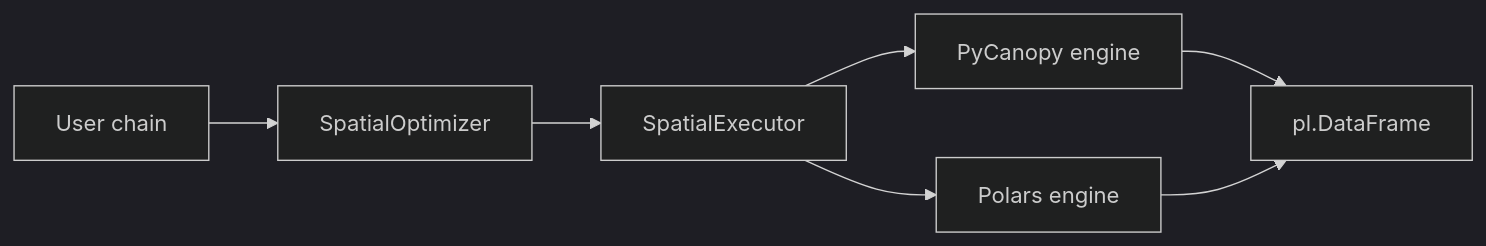
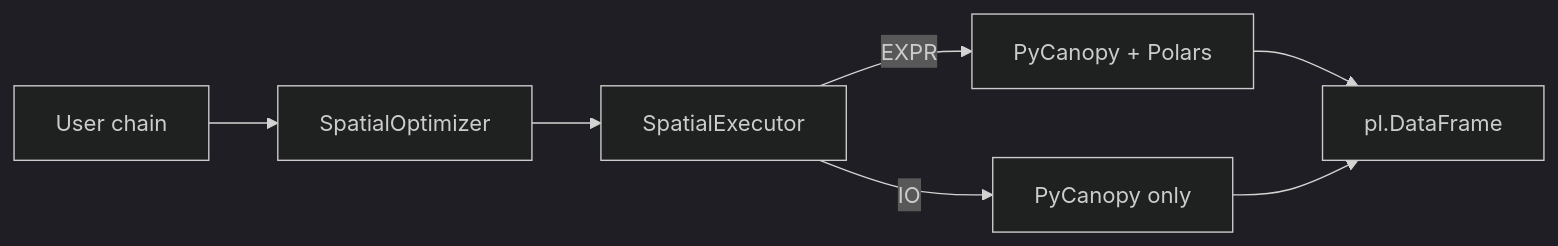
The first of 2 diagrams in README.md (pranav-walimbe/PyCanopy), drawn with Mermaid (dark theme) before and after one commit.

Commit message:
clarify EXPR vs IO as mutually exclusive paths in query flow diagram

````diff
--- a/README.md
+++ b/README.md
@@ -411,7 +411,7 @@
 ```mermaid
 flowchart LR
     A[User chain] --> B[SpatialOptimizer] --> C[SpatialExecutor]
-    C --> D[PyCanopy engine]
-    C --> E[Polars engine]
+    C -->|EXPR| D[PyCanopy + Polars]
+    C -->|IO| E[PyCanopy only]
     D & E --> F[pl.DataFrame]
 ```
````
